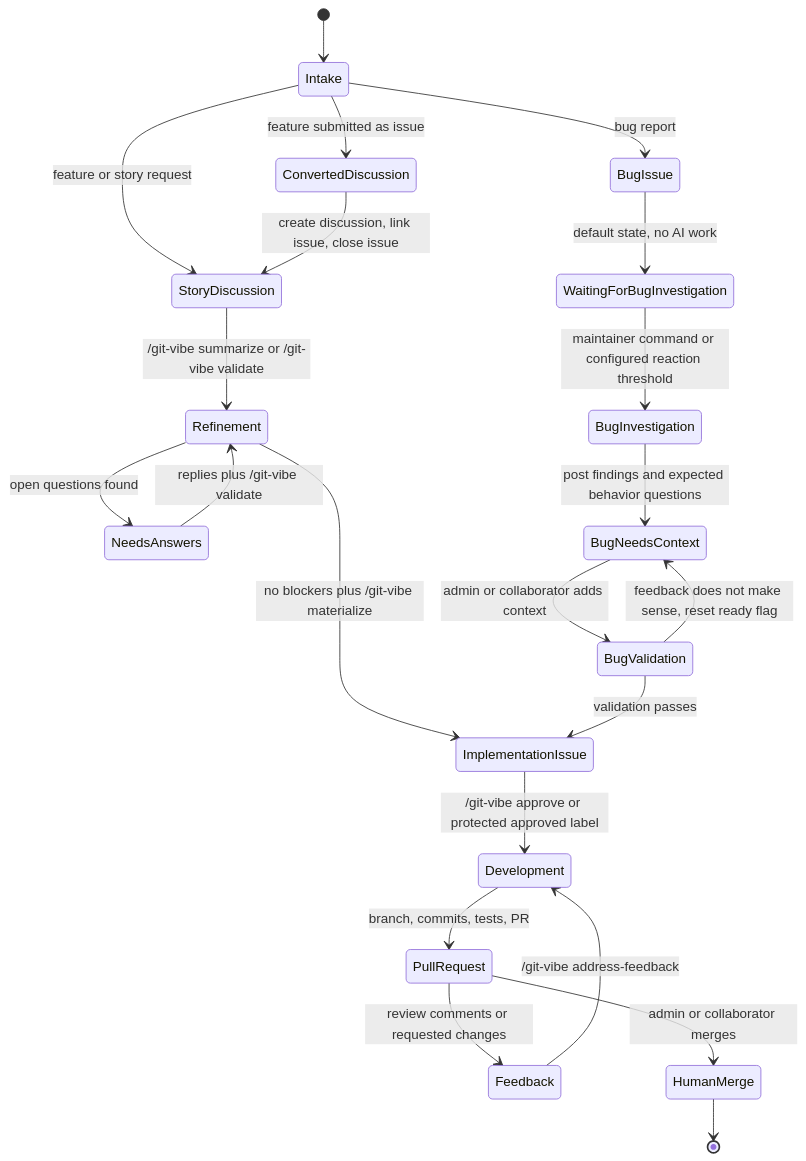
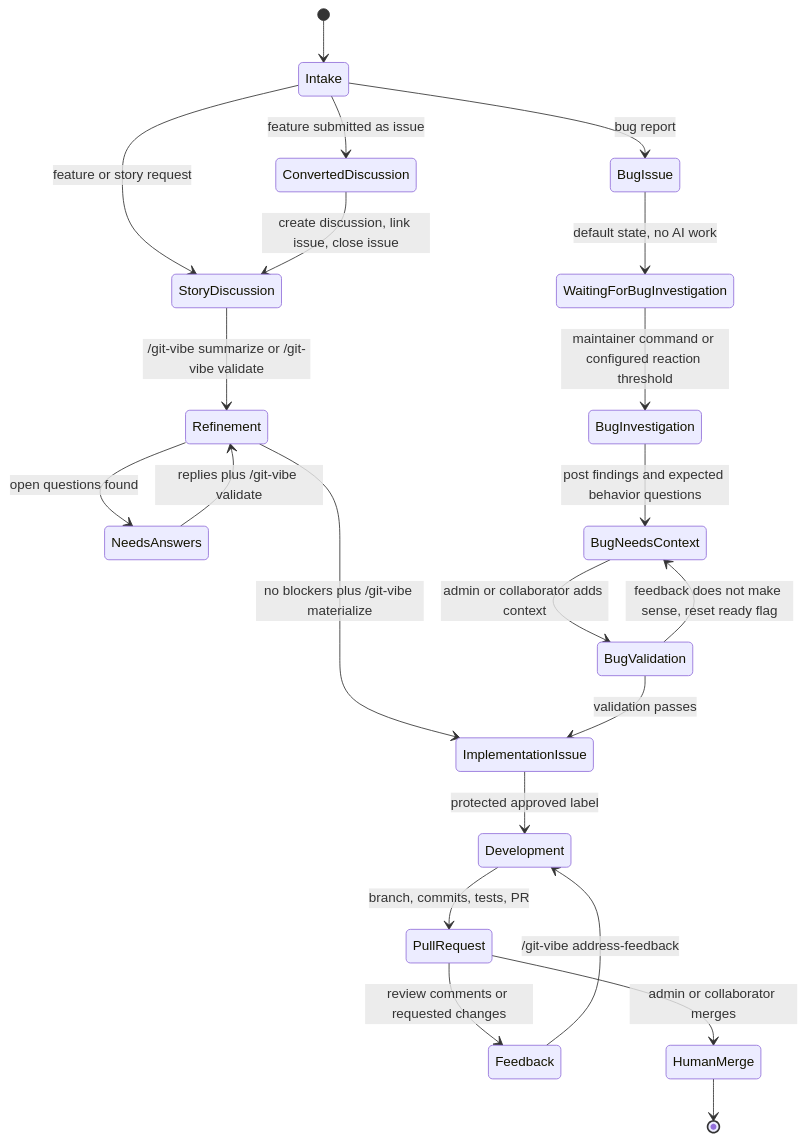
One commit to markhuangai/git-vibe changed the first of 5 diagrams in docs/WORKFLOW.md. Above: the diagram before and after it, drawn with Mermaid. The commit also changed other lines of this file and 3 other files, not shown here.

Commit message:
fix: use label-only issue approval

````diff
--- a/docs/WORKFLOW.md
+++ b/docs/WORKFLOW.md
@@ -5,31 +5,31 @@
 ```mermaid
 stateDiagram-v2
   [*] --> Intake
 
   Intake --> BugIssue: bug report
   Intake --> StoryDiscussion: feature or story request
 
   Intake --> ConvertedDiscussion: feature submitted as issue
   ConvertedDiscussion --> StoryDiscussion: create discussion, link issue, close issue
 
   StoryDiscussion --> Refinement: /git-vibe summarize or /git-vibe validate
   Refinement --> NeedsAnswers: open questions found
   NeedsAnswers --> Refinement: replies plus /git-vibe validate
   Refinement --> ImplementationIssue: no blockers plus /git-vibe materialize
 
   BugIssue --> WaitingForBugInvestigation: default state, no AI work
   WaitingForBugInvestigation --> BugInvestigation: maintainer command or configured reaction threshold
   BugInvestigation --> BugNeedsContext: post findings and expected behavior questions
   BugNeedsContext --> BugValidation: admin or collaborator adds context
   BugValidation --> BugNeedsContext: feedback does not make sense, reset ready flag
   BugValidation --> ImplementationIssue: validation passes
 
-  ImplementationIssue --> Development: /git-vibe approve or protected approved label
+  ImplementationIssue --> Development: protected approved label
 
   Development --> PullRequest: branch, commits, tests, PR
   PullRequest --> Feedback: review comments or requested changes
   Feedback --> Development: /git-vibe address-feedback
   PullRequest --> HumanMerge: admin or collaborator merges
 
   HumanMerge --> [*]
 ```
````
